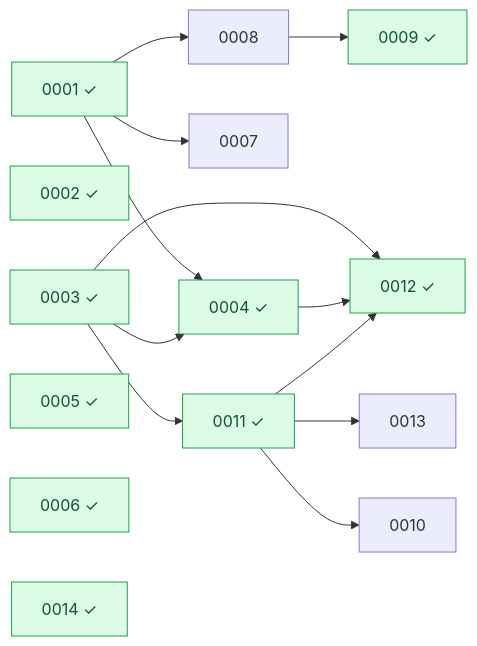
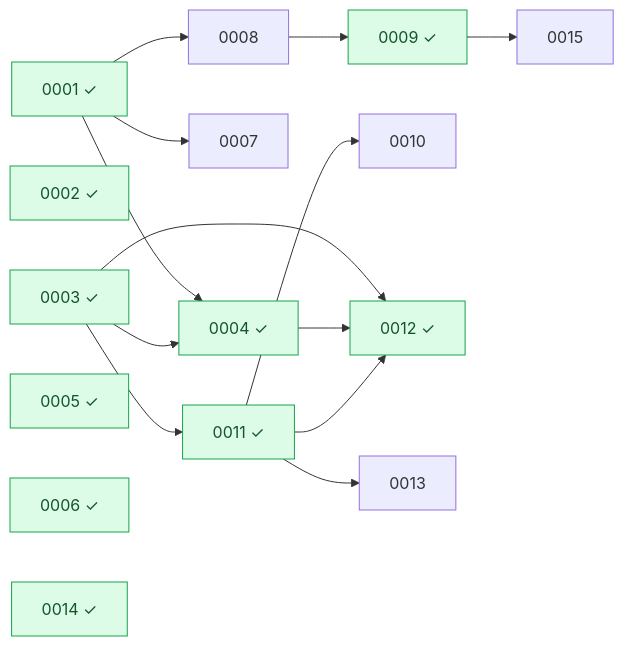
One commit to Heva-Co/piro changed the diagram in docs/rfcs/README.md. Above: the diagram before and after it, drawn with Mermaid. The commit also changed other lines of this file and 1 other file, not shown here.

Commit message:
docs(rfc): add RFC 0015 generic outbound webhook (Zapier/Make compatible)

````diff
--- a/docs/rfcs/README.md
+++ b/docs/rfcs/README.md
@@ -38,39 +39,41 @@
 ```mermaid
 graph LR
   n0001["0001 ✓"]
   n0002["0002 ✓"]
   n0003["0003 ✓"]
   n0004["0004 ✓"]
   n0005["0005 ✓"]
   n0006["0006 ✓"]
   n0007["0007"]
   n0008["0008"]
   n0009["0009 ✓"]
   n0010["0010"]
   n0011["0011 ✓"]
   n0012["0012 ✓"]
   n0013["0013"]
   n0014["0014 ✓"]
+  n0015["0015"]
   n0001 --> n0004
   n0003 --> n0004
   n0001 --> n0007
   n0001 --> n0008
   n0008 --> n0009
   n0011 --> n0010
   n0003 --> n0011
   n0003 --> n0012
   n0004 --> n0012
   n0011 --> n0012
   n0011 --> n0013
+  n0009 --> n0015
   classDef done fill:#dcfce7,stroke:#16a34a,color:#14532d;
   class n0001 done;
   class n0002 done;
   class n0003 done;
   class n0004 done;
   class n0005 done;
   class n0006 done;
   class n0009 done;
   class n0011 done;
   class n0012 done;
   class n0014 done;
 ```
````
